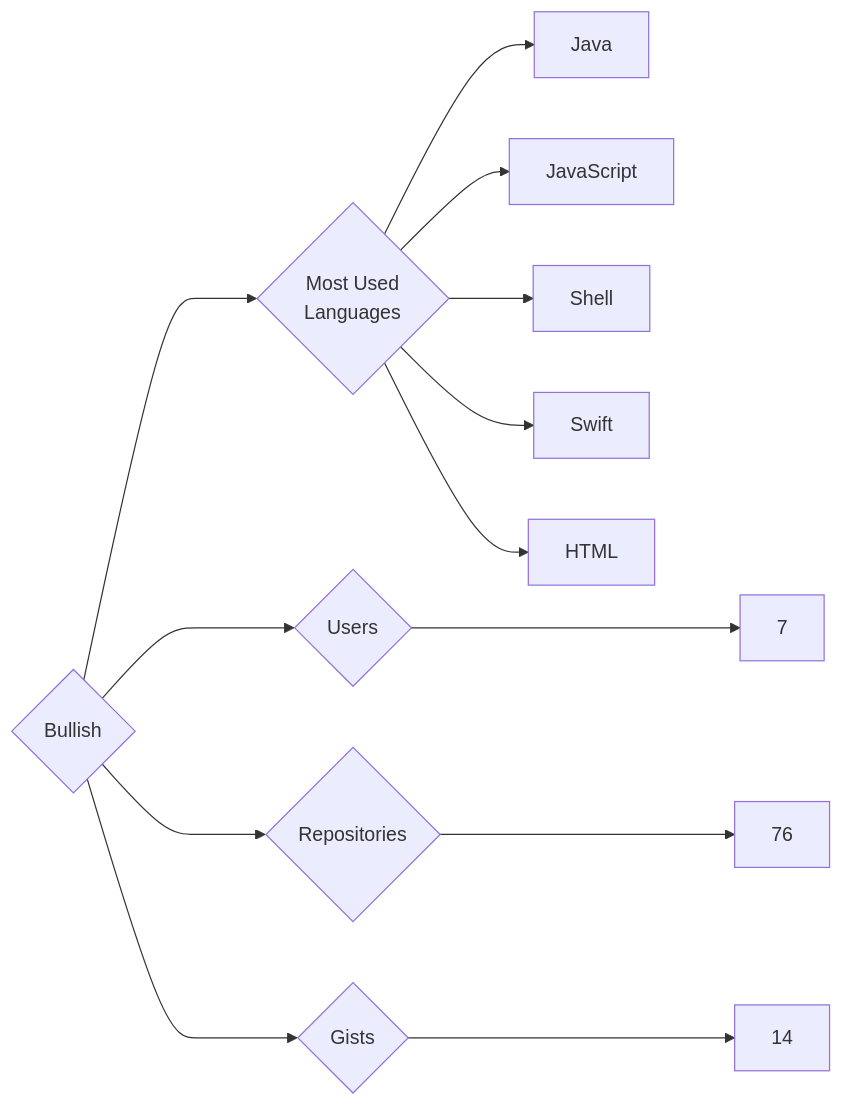
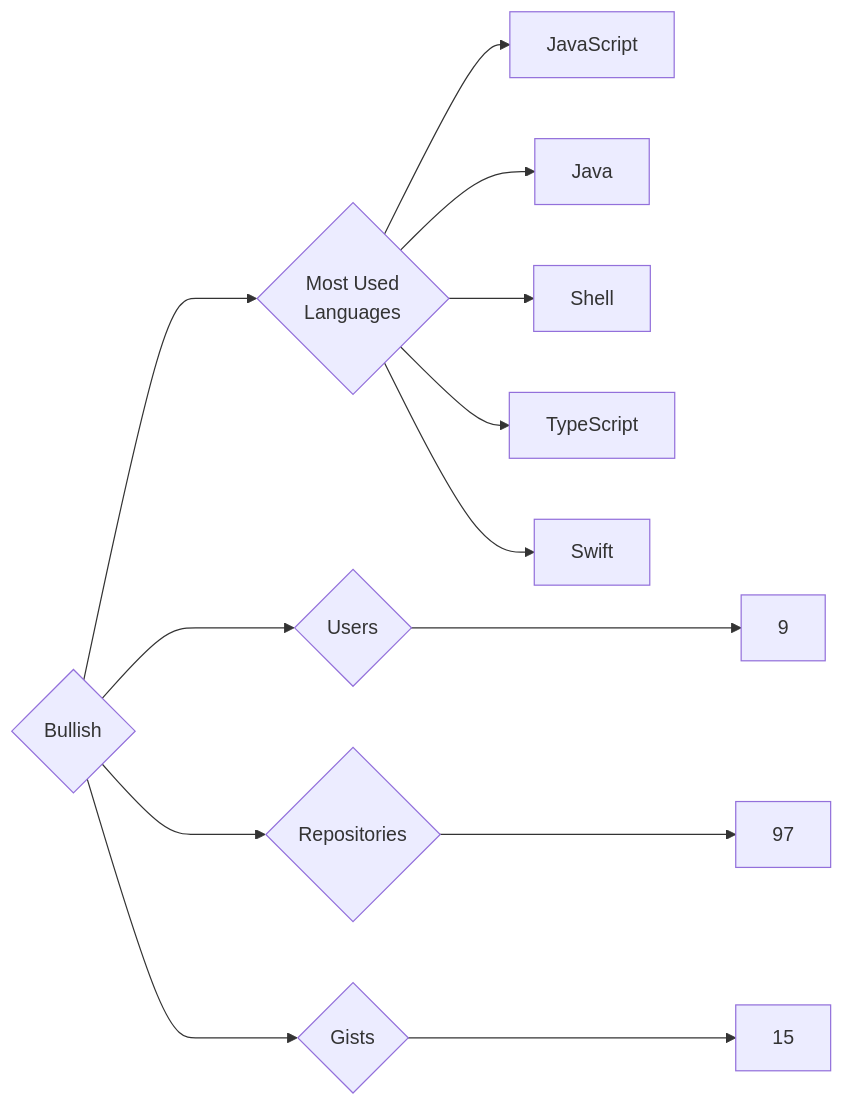
The diagram in targets/Bullish/README.md (trickest/insiders), drawn with Mermaid before and after one commit. The commit also changed 1148 other files, not shown here.

````diff
--- a/targets/Bullish/README.md
+++ b/targets/Bullish/README.md
@@ -3,13 +3,13 @@
 ```mermaid
 graph LR
 COMPANY_NAME{Bullish}
-COMPANY_NAME ---> U{Users} ---> UN[7]
-COMPANY_NAME ---> R{Repositories} ---> RN[76]
-COMPANY_NAME ---> G{Gists} ---> GN[14]
+COMPANY_NAME ---> U{Users} ---> UN[9]
+COMPANY_NAME ---> R{Repositories} ---> RN[97]
+COMPANY_NAME ---> G{Gists} ---> GN[15]
 COMPANY_NAME ---> ML{Most Used<br>Languages}
+ML --> JavaScript[JavaScript]
 ML --> Java[Java]
-ML --> JavaScript[JavaScript]
 ML --> Shell[Shell]
+ML --> TypeScript[TypeScript]
 ML --> Swift[Swift]
-ML --> HTML[HTML]
 ```
````
